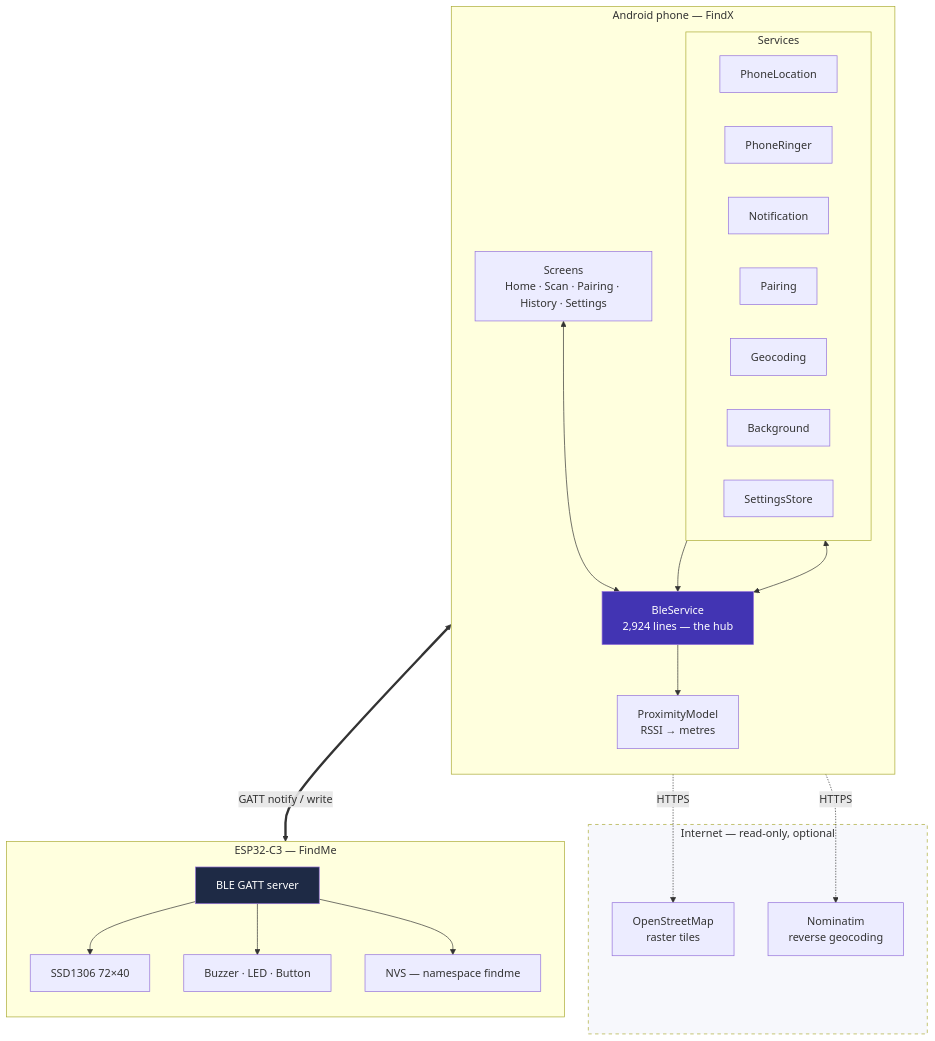
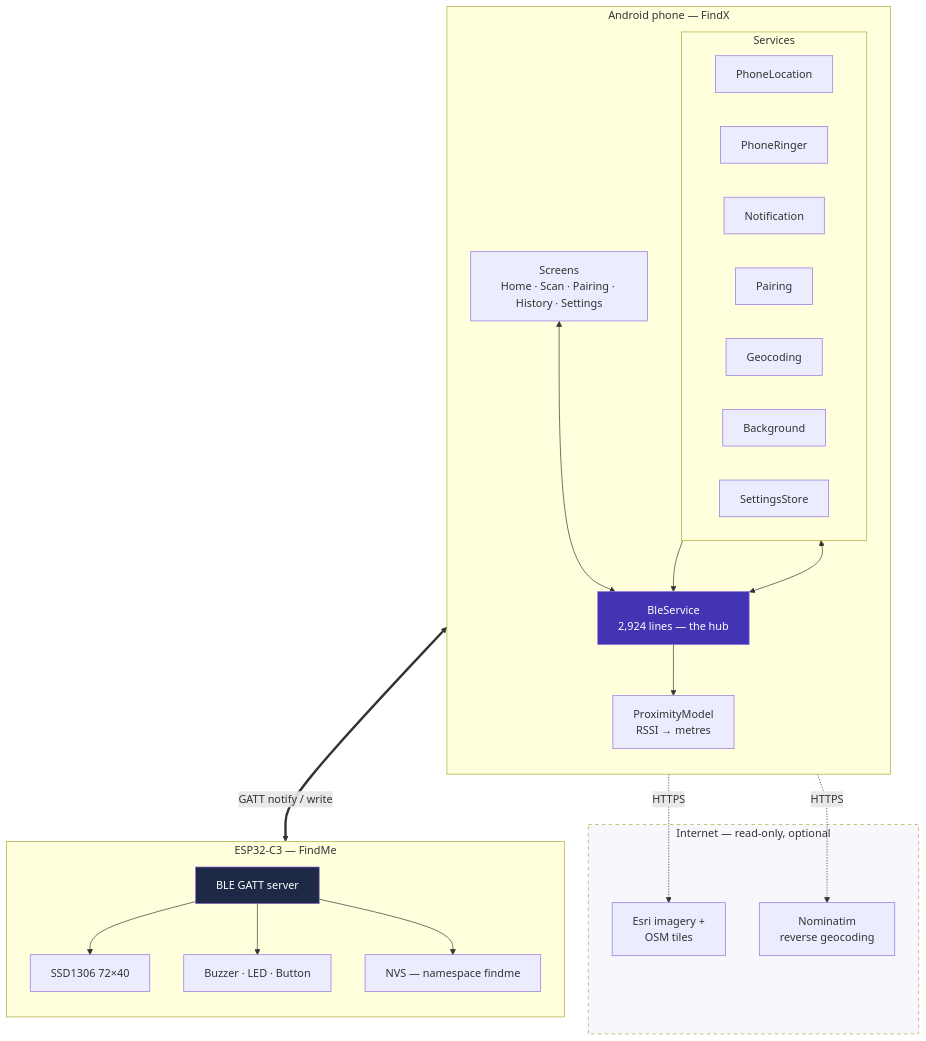
Before and after one commit to Blexalmighty/Keyguard-Final-Year-Project: the first of 10 diagrams in docs/ARCHITECTURE.md, drawn with Mermaid. The commit also changed other lines of this file and 15 other files, not shown here.

````diff
--- a/docs/ARCHITECTURE.md
+++ b/docs/ARCHITECTURE.md
@@ -19,47 +19,47 @@
 ```mermaid
 graph TB
     subgraph PHONE["Android phone — FindX"]
         direction TB
         UI["Screens<br/>Home · Scan · Pairing · History · Settings"]
         BLE["BleService<br/>2,924 lines — the hub"]
         subgraph SVC["Services"]
             direction LR
             PL["PhoneLocation"]
             PR["PhoneRinger"]
             NO["Notification"]
             PA["Pairing"]
             GE["Geocoding"]
             BG["Background"]
             ST["SettingsStore"]
         end
         PROX["ProximityModel<br/>RSSI → metres"]
     end
 
     subgraph CLOUD["Internet — read-only, optional"]
-        OSM["OpenStreetMap<br/>raster tiles"]
+        OSM["Esri imagery +<br/>OSM tiles"]
         NOM["Nominatim<br/>reverse geocoding"]
     end
 
     subgraph DEV["ESP32-C3 — FindMe"]
         direction TB
         GATT["BLE GATT server"]
         OLED["SSD1306 72×40"]
         BUZZ["Buzzer · LED · Button"]
         NVS["NVS — namespace findme"]
     end
 
     UI <--> BLE
     BLE <--> SVC
     BLE --> PROX
     PL --> BLE
     BLE <==>|"GATT notify / write"| GATT
     GATT --> OLED
     GATT --> BUZZ
     GATT --> NVS
     GE -.->|HTTPS| NOM
     UI -.->|HTTPS| OSM
 
     style BLE fill:#4234B3,color:#fff
     style GATT fill:#1E2A45,color:#fff
     style CLOUD fill:#F7F8FC,stroke-dasharray: 5 5
 ```
````
